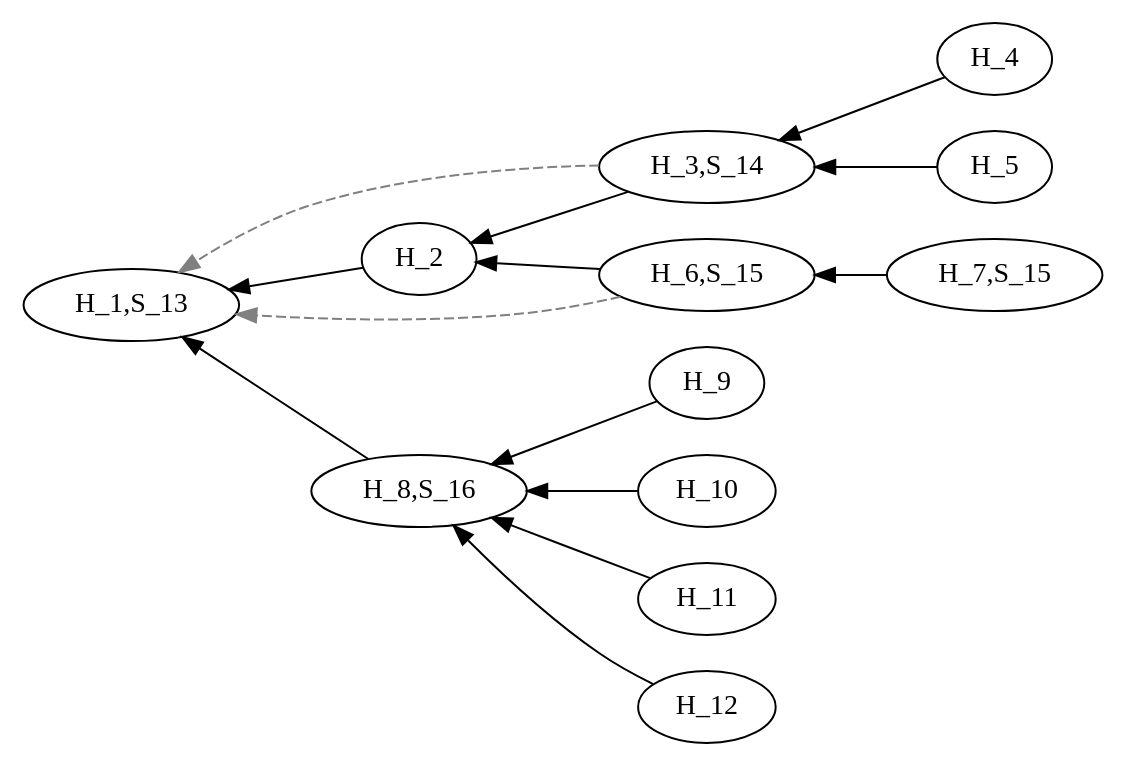
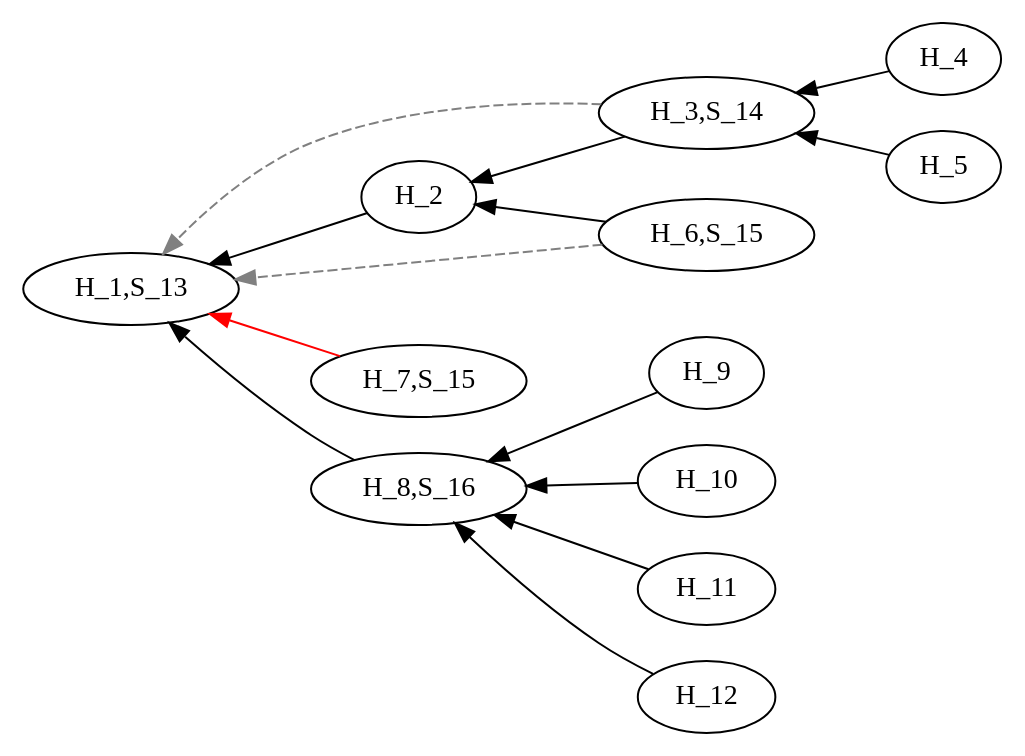
One commit to EulerProject/EulerX changed the diagram in example/output/Hackel_Small/Hackel_Small.dot. Above: the diagram before and after it, drawn with Graphviz. The commit also changed 5 other files, not shown here.

```diff
--- a/example/output/Hackel_Small/Hackel_Small.dot
+++ b/example/output/Hackel_Small/Hackel_Small.dot
@@ -1,18 +1,18 @@
 digraph {
 
 rankdir = RL
 
 "H_2" -> "H_1,S_13" [style=filled, color=black];
 "H_3,S_14" -> "H_2" [style=filled, color=black];
 "H_4" -> "H_3,S_14" [style=filled, color=black];
 "H_5" -> "H_3,S_14" [style=filled, color=black];
 "H_6,S_15" -> "H_2" [style=filled, color=black];
-"H_7,S_15" -> "H_6,S_15" [style=filled, color=black];
+"H_7,S_15" -> "H_1,S_13" [style=filled, color=red];
 "H_9" -> "H_8,S_16" [style=filled, color=black];
 "H_10" -> "H_8,S_16" [style=filled, color=black];
 "H_11" -> "H_8,S_16" [style=filled, color=black];
 "H_12" -> "H_8,S_16" [style=filled, color=black];
 "H_8,S_16" -> "H_1,S_13" [style=filled, color=black];
 "H_3,S_14" -> "H_1,S_13" [style=dashed, color=grey];
 "H_6,S_15" -> "H_1,S_13" [style=dashed, color=grey];
 }
```
